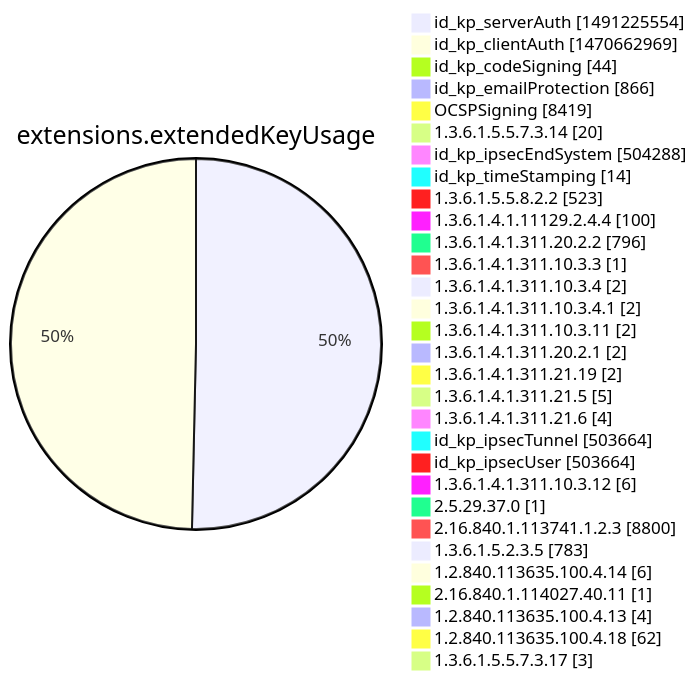
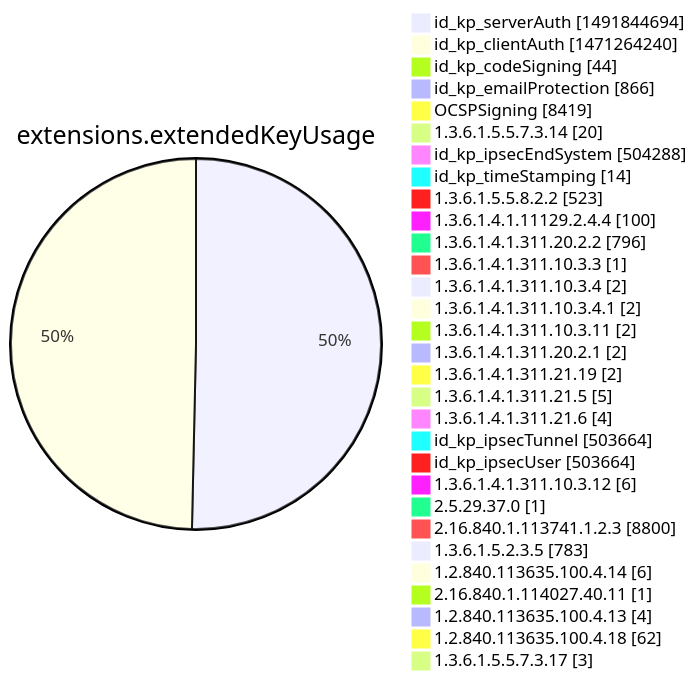
Before and after one commit to christiankrug/ctmonitor_visualization: diagram 12 of 15 in argon2022/README.md, drawn with Mermaid. The commit also changed other lines of this file, not shown here.

````diff
--- a/argon2022/README.md
+++ b/argon2022/README.md
@@ -3555,34 +3555,34 @@
 ```mermaid
 pie showData
 title extensions.extendedKeyUsage
-"id_kp_serverAuth" :1491225554
-"id_kp_clientAuth" :1470662969
+"id_kp_serverAuth" :1491844694
+"id_kp_clientAuth" :1471264240
 "id_kp_codeSigning" :44
 "id_kp_emailProtection" :866
 "OCSPSigning" :8419
 "1.3.6.1.5.5.7.3.14" :20
 "id_kp_ipsecEndSystem" :504288
 "id_kp_timeStamping" :14
 "1.3.6.1.5.5.8.2.2" :523
 "1.3.6.1.4.1.11129.2.4.4" :100
 "1.3.6.1.4.1.311.20.2.2" :796
 "1.3.6.1.4.1.311.10.3.3" :1
 "1.3.6.1.4.1.311.10.3.4" :2
 "1.3.6.1.4.1.311.10.3.4.1" :2
 "1.3.6.1.4.1.311.10.3.11" :2
 "1.3.6.1.4.1.311.20.2.1" :2
 "1.3.6.1.4.1.311.21.19" :2
 "1.3.6.1.4.1.311.21.5" :5
 "1.3.6.1.4.1.311.21.6" :4
 "id_kp_ipsecTunnel" :503664
 "id_kp_ipsecUser" :503664
 "1.3.6.1.4.1.311.10.3.12" :6
 "2.5.29.37.0" :1
 "2.16.840.1.113741.1.2.3" :8800
 "1.3.6.1.5.2.3.5" :783
 "1.2.840.113635.100.4.14" :6
 "2.16.840.1.114027.40.11" :1
 "1.2.840.113635.100.4.13" :4
 "1.2.840.113635.100.4.18" :62
 "1.3.6.1.5.5.7.3.17" :3
 ```
````
